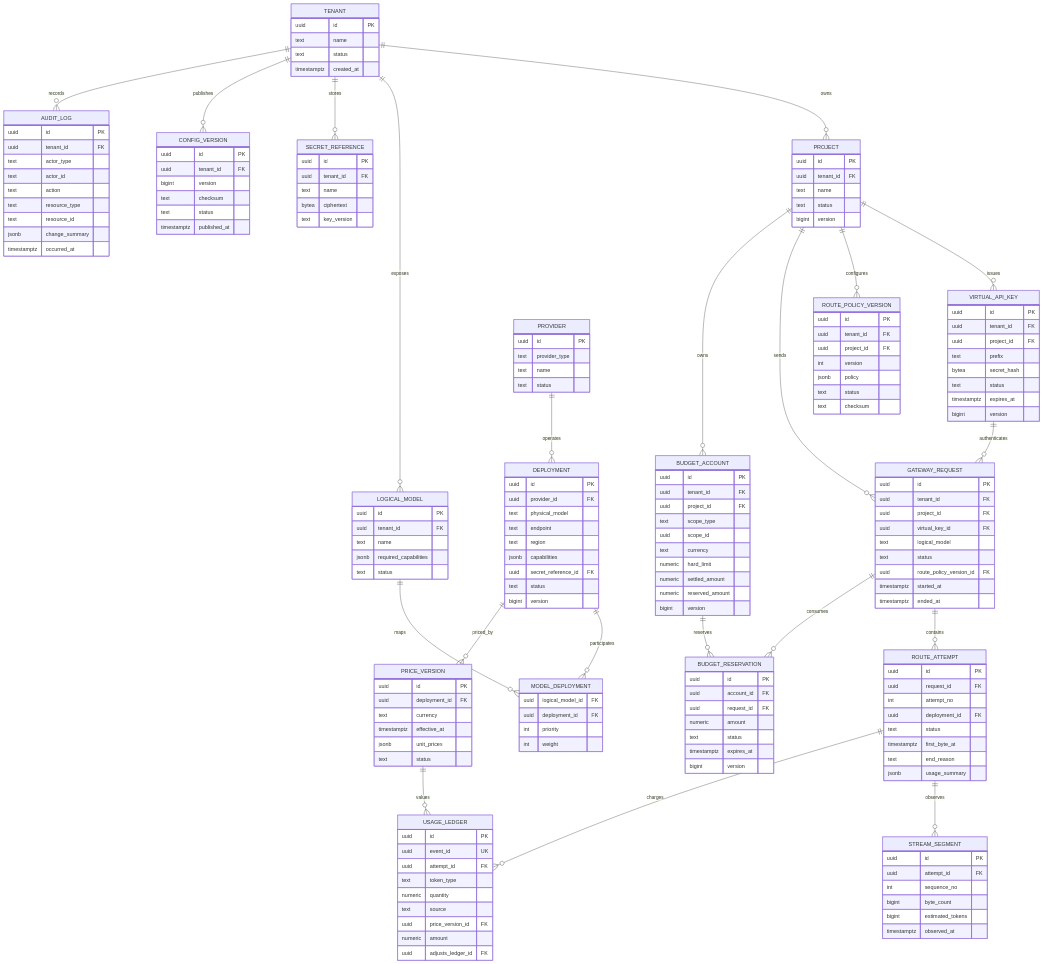
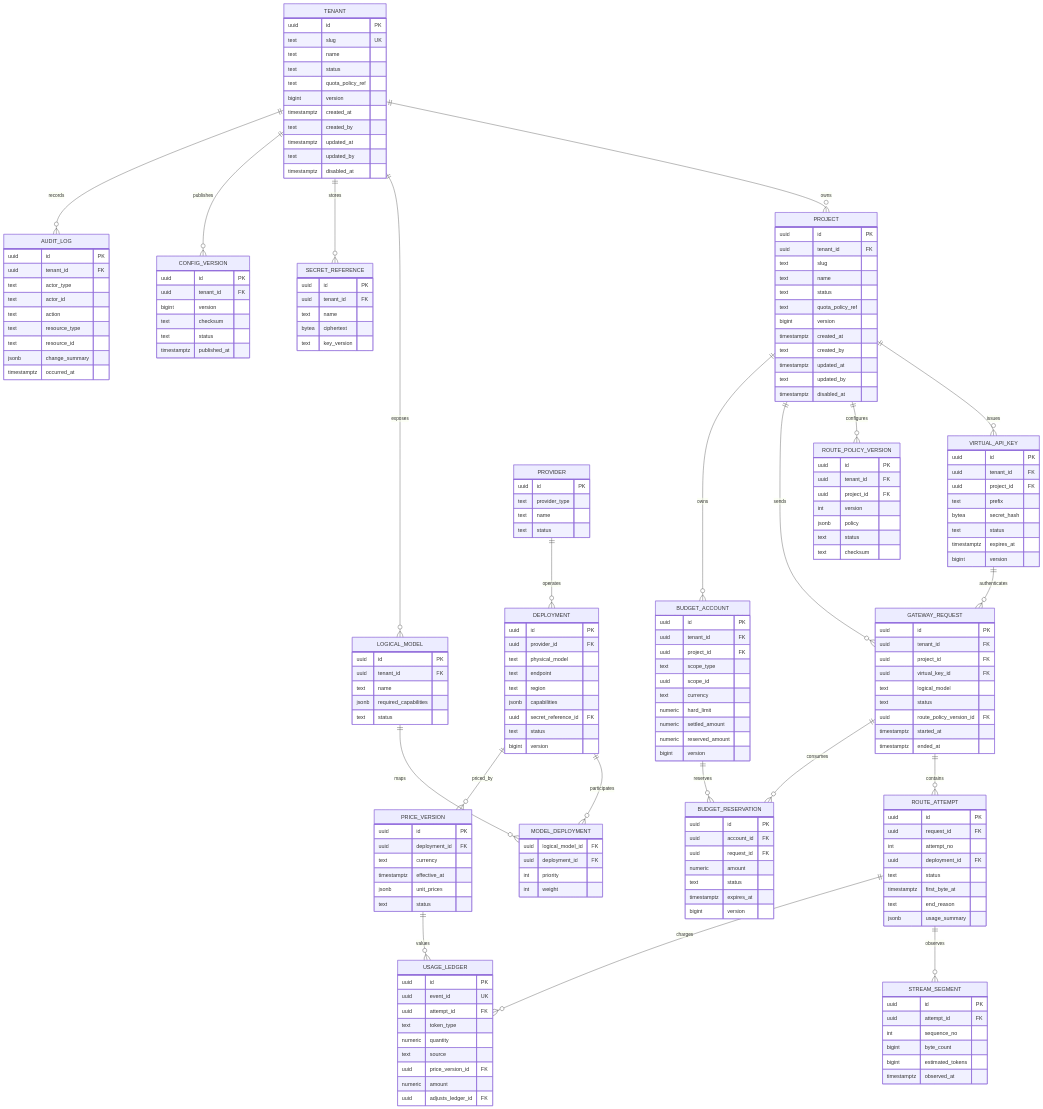
One commit to zse04152005-del/ai-gateway-platform changed the diagram in docs/architecture/er-diagram.md. Above: the diagram before and after it, drawn with Mermaid. The commit also changed other lines of this file and 9 other files, not shown here.

Commit message:
feat: add tenant and project schema

```diff
--- a/docs/architecture/er-diagram.md
+++ b/docs/architecture/er-diagram.md
@@ -31,16 +31,30 @@
 
     TENANT {
       uuid id PK
+      text slug UK
       text name
       text status
+      text quota_policy_ref
+      bigint version
       timestamptz created_at
+      text created_by
+      timestamptz updated_at
+      text updated_by
+      timestamptz disabled_at
     }
     PROJECT {
       uuid id PK
       uuid tenant_id FK
+      text slug
       text name
       text status
+      text quota_policy_ref
       bigint version
+      timestamptz created_at
+      text created_by
+      timestamptz updated_at
+      text updated_by
+      timestamptz disabled_at
     }
     VIRTUAL_API_KEY {
       uuid id PK
```
